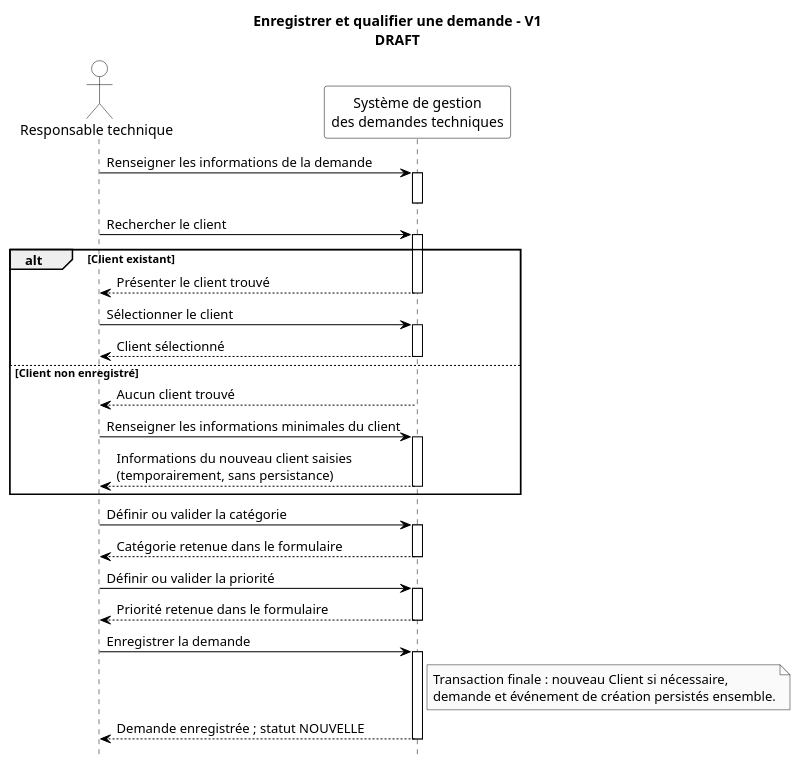
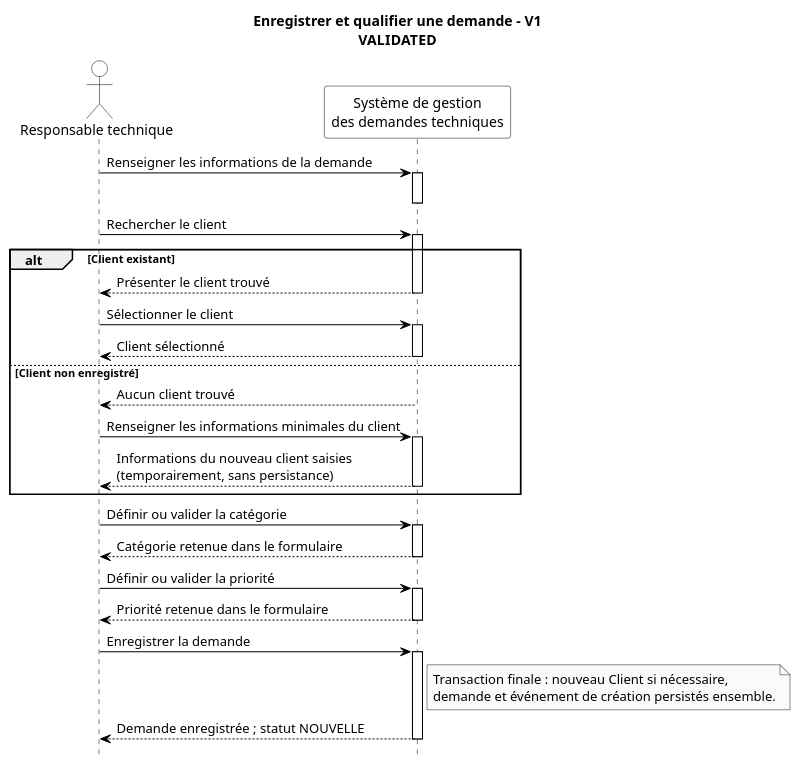
Before and after one commit to akrouty/gestion-demandes-techniques: the diagram in docs/uml/sequence/register-qualify-request-v1.puml, drawn with PlantUML. The commit also changed 8 other files, not shown here.

```diff
--- a/docs/uml/sequence/register-qualify-request-v1.puml
+++ b/docs/uml/sequence/register-qualify-request-v1.puml
@@ -1,74 +1,74 @@
 @startuml
 
-' Statut : DRAFT
-title Enregistrer et qualifier une demande - V1\nDRAFT
+' Statut : VALIDATED
+title Enregistrer et qualifier une demande - V1\nVALIDATED
 
 hide footbox
 ' PlantUML affiche nativement les gardes des fragments entre crochets.
 skinparam monochrome true
 skinparam shadowing false
 skinparam backgroundColor white
 skinparam sequence {
   ArrowColor black
   ActorBorderColor black
   ActorBackgroundColor white
   ActorFontColor black
   ParticipantBorderColor black
   ParticipantBackgroundColor white
   ParticipantFontColor black
   LifeLineBorderColor black
   LifeLineBackgroundColor white
   GroupBorderColor black
   GroupHeaderFontColor black
   GroupBodyBackgroundColor white
 }
 
 actor "Responsable technique" as RT
 participant "Système de gestion\ndes demandes techniques" as SYSTEM
 
 RT -> SYSTEM : Renseigner les informations de la demande
 activate SYSTEM
 deactivate SYSTEM
 
 RT -> SYSTEM : Rechercher le client
 activate SYSTEM
 
 ' Garde UML : [Client existant]
 
 alt Client existant
   SYSTEM --> RT : Présenter le client trouvé
   deactivate SYSTEM
   RT -> SYSTEM : Sélectionner le client
   activate SYSTEM
   SYSTEM --> RT : Client sélectionné
   deactivate SYSTEM
 ' Garde UML : [Client non enregistré]
 else Client non enregistré
   SYSTEM --> RT : Aucun client trouvé
   deactivate SYSTEM
   RT -> SYSTEM : Renseigner les informations minimales du client
   activate SYSTEM
   SYSTEM --> RT : Informations du nouveau client saisies\n(temporairement, sans persistance)
   deactivate SYSTEM
 end
 
 RT -> SYSTEM : Définir ou valider la catégorie
 activate SYSTEM
 SYSTEM --> RT : Catégorie retenue dans le formulaire
 deactivate SYSTEM
 
 RT -> SYSTEM : Définir ou valider la priorité
 activate SYSTEM
 SYSTEM --> RT : Priorité retenue dans le formulaire
 deactivate SYSTEM
 
 RT -> SYSTEM : Enregistrer la demande
 activate SYSTEM
 note right of SYSTEM
   Transaction finale : nouveau Client si nécessaire,
   demande et événement de création persistés ensemble.
 end note
 SYSTEM --> RT : Demande enregistrée ; statut NOUVELLE
 deactivate SYSTEM
 
 @enduml
```
